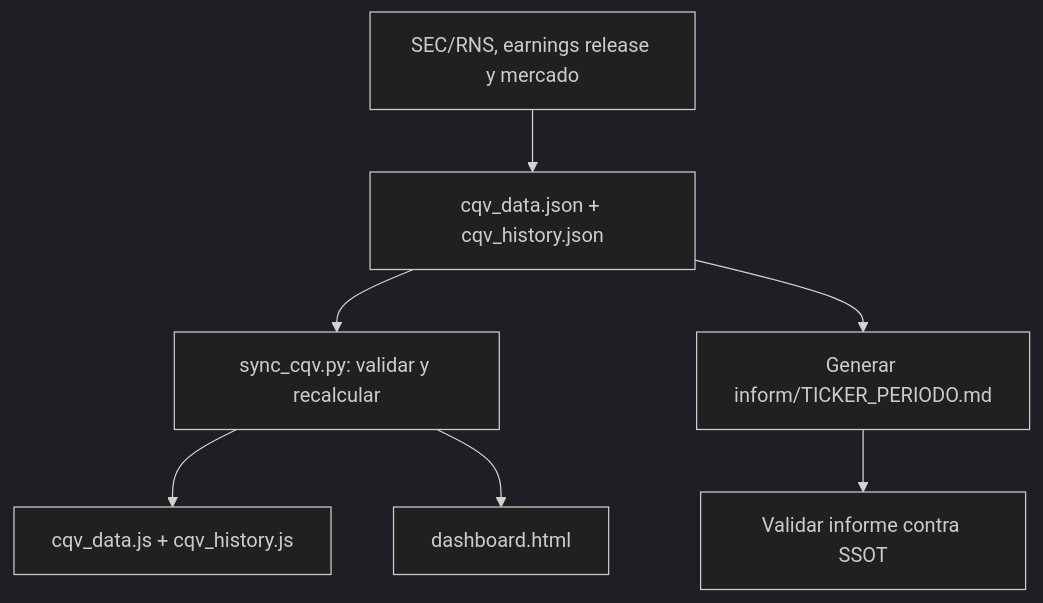
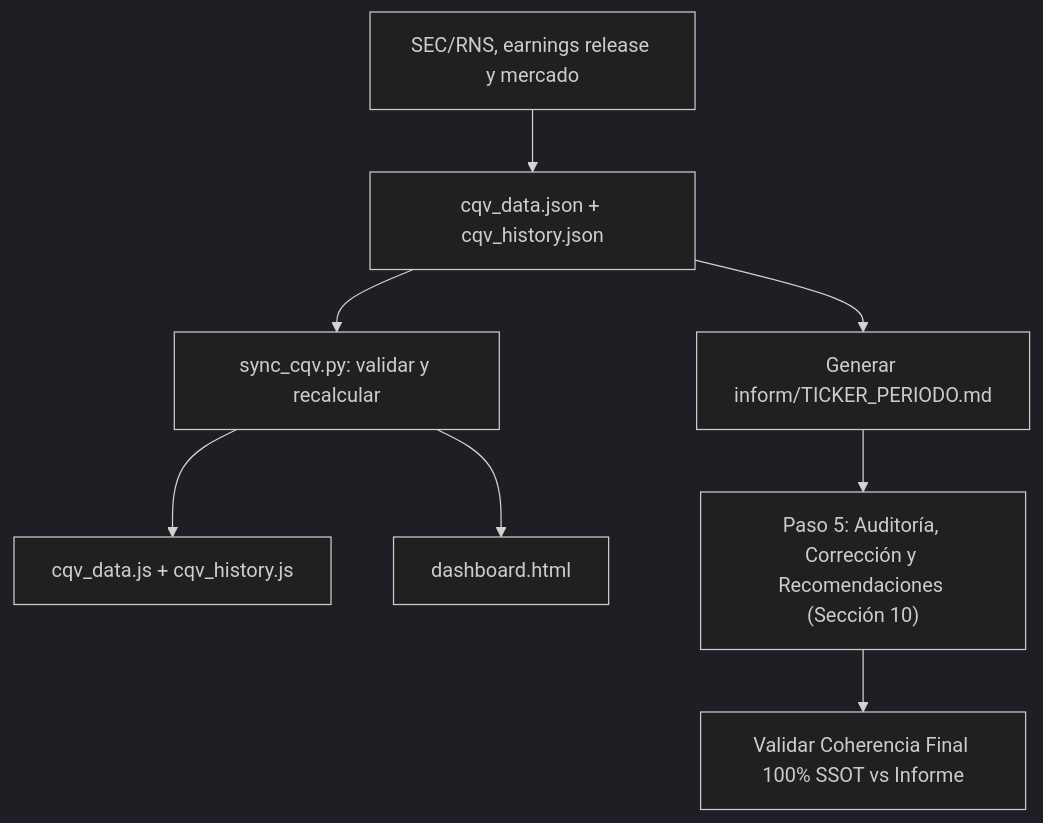
Before and after one commit to poolvc-dev/finance-cqv-find: the diagram in flujo_actualizacion_datos.md, drawn with Mermaid (dark theme). The commit also changed other lines of this file and 235 other files, not shown here.

````diff
--- a/flujo_actualizacion_datos.md
+++ b/flujo_actualizacion_datos.md
@@ -18,9 +19,10 @@
 ```mermaid
 flowchart TD
  A["SEC/RNS, earnings release y mercado"] --> B["cqv_data.json + cqv_history.json"]
  B --> C["sync_cqv.py: validar y recalcular"]
  C --> D["cqv_data.js + cqv_history.js"]
  C --> E["dashboard.html"]
  B --> F["Generar inform/TICKER_PERIODO.md"]
- F --> G["Validar informe contra SSOT"]
+ F --> G["Paso 5: Auditoría, Corrección y Recomendaciones (Sección 10)"]
+ G --> H["Validar Coherencia Final 100% SSOT vs Informe"]
 ```
````
